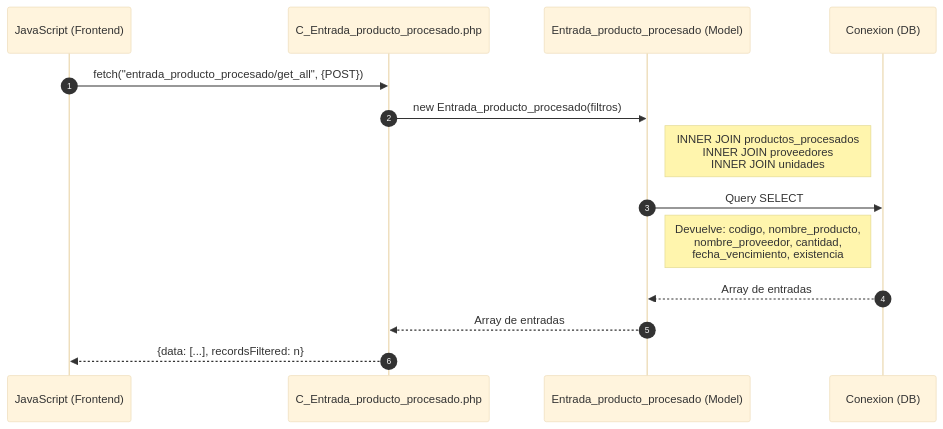
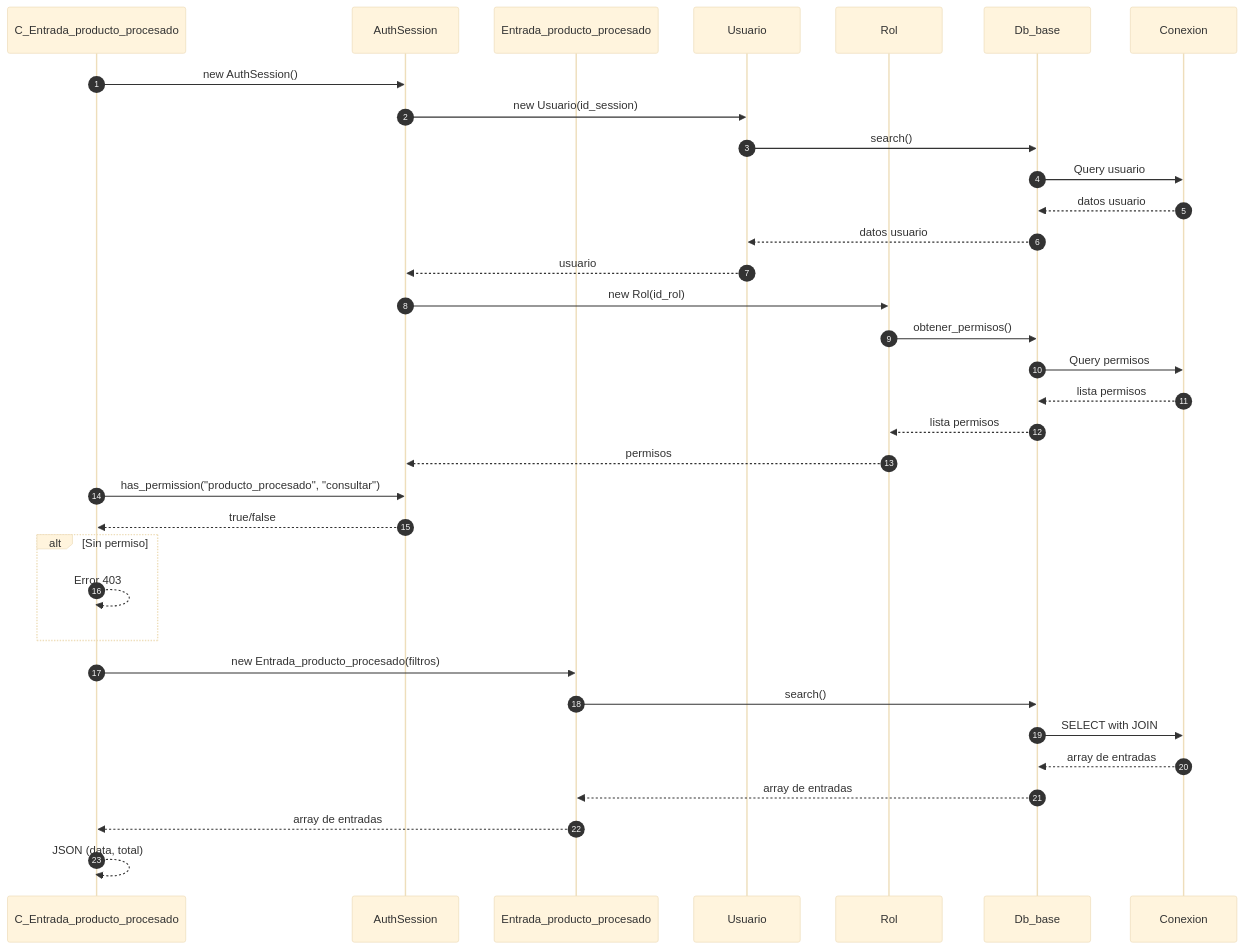
Before and after one commit to Tecrato/BurgerHouse: the third of 4 diagrams in docs/secuencia/productos/producto_procesado.md, drawn with Mermaid (base theme). The commit also changed other lines of this file and 13 other files, not shown here.

First line of the commit message:
diagramas actualizaos

````diff
--- a/docs/secuencia/productos/producto_procesado.md
+++ b/docs/secuencia/productos/producto_procesado.md
@@ -62,20 +97,42 @@
 ```mermaid
 sequenceDiagram
     autonumber
-    participant JS as JavaScript (Frontend)
-    participant C_Entrada_PP as C_Entrada_producto_procesado.php
-    participant Entrada_PP as Entrada_producto_procesado (Model)
-    participant DB as Conexion (DB)
+    participant C_Entrada_PP as C_Entrada_producto_procesado
+    participant AuthSession as AuthSession
+    participant Entrada_PP as Entrada_producto_procesado
+    participant Usuario as Usuario
+    participant Rol as Rol
+    participant Db_base as Db_base
+    participant Conexion as Conexion
     
-    JS->>C_Entrada_PP: fetch("entrada_producto_procesado/get_all", {POST})
+    C_Entrada_PP->>AuthSession: new AuthSession()
+    AuthSession->>Usuario: new Usuario(id_session)
+    Usuario->>Db_base: search()
+    Db_base->>Conexion: Query usuario
+    Conexion-->>Db_base: datos usuario
+    Db_base-->>Usuario: datos usuario
+    Usuario-->>AuthSession: usuario
+    
+    AuthSession->>Rol: new Rol(id_rol)
+    Rol->>Db_base: obtener_permisos()
+    Db_base->>Conexion: Query permisos
+    Conexion-->>Db_base: lista permisos
+    Db_base-->>Rol: lista permisos
+    Rol-->>AuthSession: permisos
+    
+    C_Entrada_PP->>AuthSession: has_permission("producto_procesado", "consultar")
+    AuthSession-->>C_Entrada_PP: true/false
+    
+    alt Sin permiso
+        C_Entrada_PP-->>C_Entrada_PP: Error 403
+    end
     
     C_Entrada_PP->>Entrada_PP: new Entrada_producto_procesado(filtros)
+    Entrada_PP->>Db_base: search()
+    Db_base->>Conexion: SELECT with JOIN
+    Conexion-->>Db_base: array de entradas
+    Db_base-->>Entrada_PP: array de entradas
+    Entrada_PP-->>C_Entrada_PP: array de entradas
     
-    Note right of Entrada_PP: INNER JOIN productos_procesados<br/>INNER JOIN proveedores<br/>INNER JOIN unidades
-    Entrada_PP->>DB: Query SELECT
-    Note right of Entrada_PP: Devuelve: codigo, nombre_producto,<br/>nombre_proveedor, cantidad,<br/>fecha_vencimiento, existencia
-    DB-->>Entrada_PP: Array de entradas
-    Entrada_PP-->>C_Entrada_PP: Array de entradas
-    
-    C_Entrada_PP-->>JS: {data: [...], recordsFiltered: n}
+    C_Entrada_PP-->>C_Entrada_PP: JSON (data, total)
 ```
````
